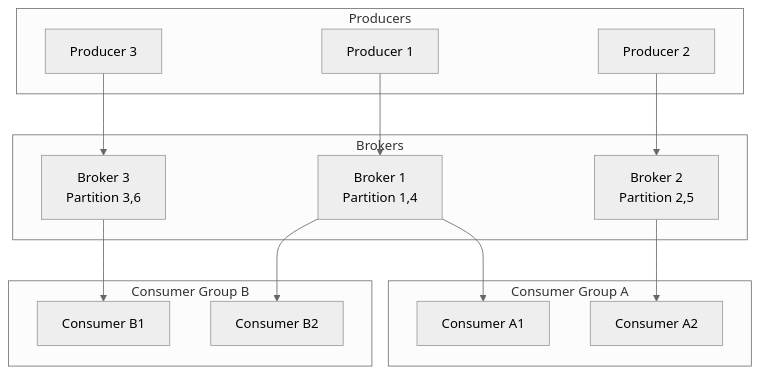
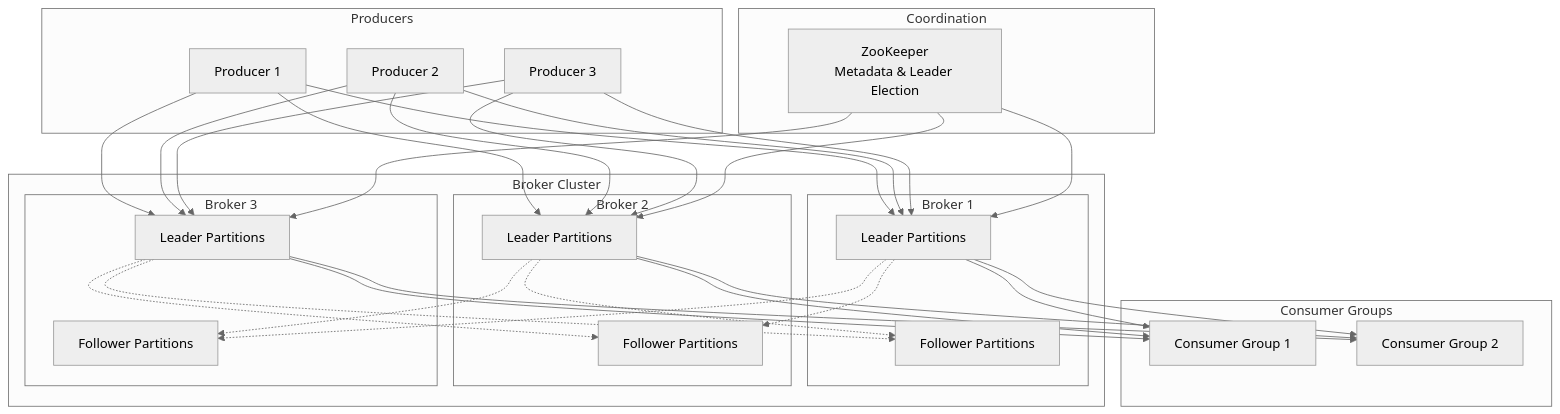
Before and after one commit to deepaucksharma/DStudio: the second of 6 diagrams in docs/case-studies/distributed-message-queue.md, drawn with Mermaid (neutral theme). The commit also changed other lines of this file and 14 other files, not shown here.

````diff
--- a/docs/case-studies/distributed-message-queue.md
+++ b/docs/case-studies/distributed-message-queue.md
@@ -62,33 +102,41 @@
 ```mermaid
-graph TD
-    subgraph Producers
+graph TB
+    subgraph "Producers"
         P1[Producer 1]
         P2[Producer 2]
         P3[Producer 3]
     end
     
-    subgraph Brokers
-        B1[Broker 1<br/>Partition 1,4]
-        B2[Broker 2<br/>Partition 2,5]
-        B3[Broker 3<br/>Partition 3,6]
+    subgraph "Broker Cluster"
+        subgraph "Broker 1"
+            B1_L[Leader Partitions]
+            B1_F[Follower Partitions]
+        end
+        subgraph "Broker 2"
+            B2_L[Leader Partitions]
+            B2_F[Follower Partitions]
+        end
+        subgraph "Broker 3"
+            B3_L[Leader Partitions]
+            B3_F[Follower Partitions]
+        end
     end
     
-    subgraph Consumer Group A
-        CA1[Consumer A1]
-        CA2[Consumer A2]
+    subgraph "Coordination"
+        ZK[ZooKeeper<br/>Metadata & Leader Election]
     end
     
-    subgraph Consumer Group B
-        CB1[Consumer B1]
-        CB2[Consumer B2]
+    subgraph "Consumer Groups"
+        CG1[Consumer Group 1]
+        CG2[Consumer Group 2]
     end
     
-    P1 --> B1
-    P2 --> B2
-    P3 --> B3
+    P1 & P2 & P3 --> B1_L & B2_L & B3_L
+    B1_L -.-> B2_F & B3_F
+    B2_L -.-> B1_F & B3_F
+    B3_L -.-> B1_F & B2_F
     
-    B1 --> CA1
-    B2 --> CA2
-    B3 --> CB1
-    B1 --> CB2
+    B1_L & B2_L & B3_L --> CG1 & CG2
+    
+    ZK --> B1_L & B2_L & B3_L
 ```
````
